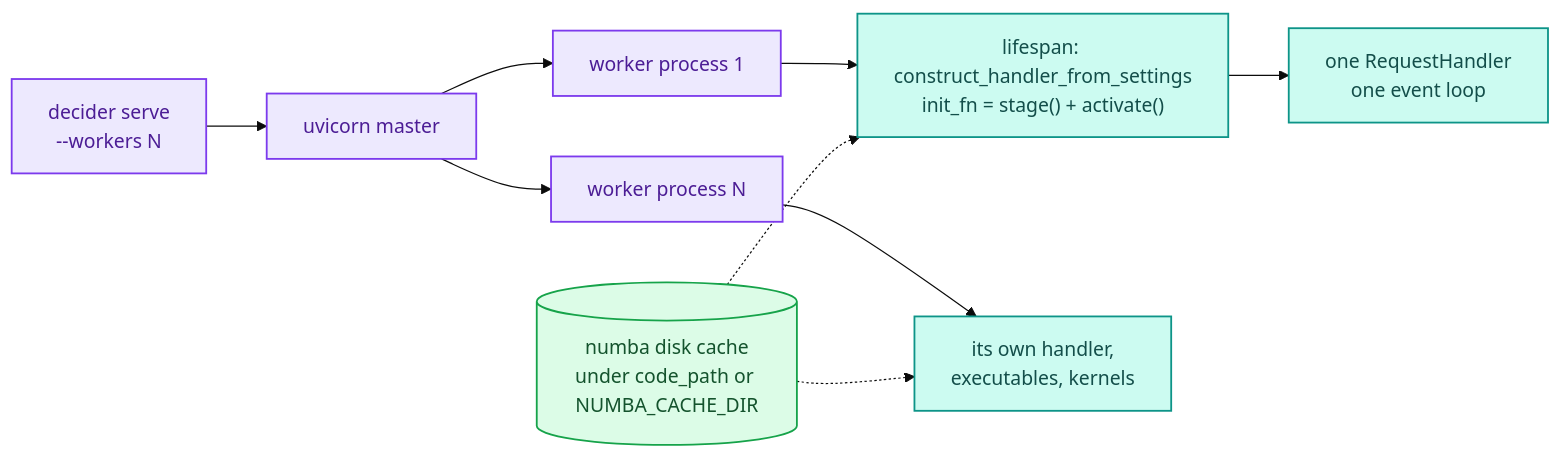
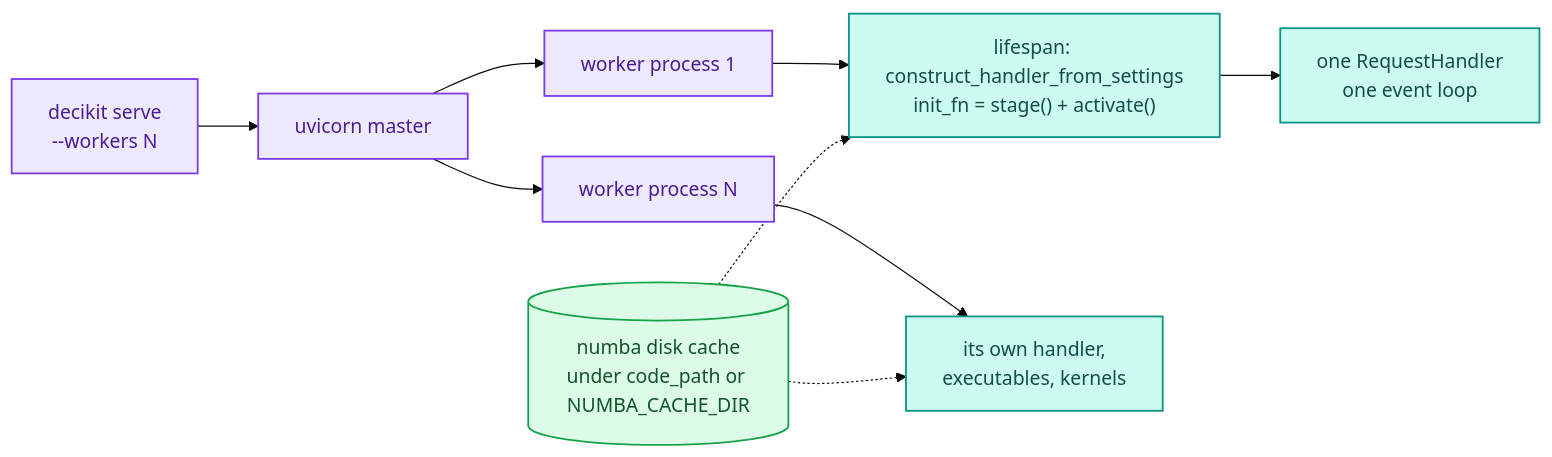
Before and after one commit to capitec/dsp-decision-engine: the fourth of 4 diagrams in docs/architecture/serving.md, drawn with Mermaid (base theme). The commit also changed other lines of this file and 1292 other files, not shown here.

Commit message:
rename decider to decikit: package, CLI, DECIKIT_* settings, plugin, extension, docs prose says decider toolkit

````diff
--- a/docs/architecture/serving.md
+++ b/docs/architecture/serving.md
@@ -353,17 +353,17 @@
 ```mermaid
 flowchart LR
-    CLI["decider serve<br/>--workers N"] --> U["uvicorn master"]
+    CLI["decikit serve<br/>--workers N"] --> U["uvicorn master"]
     U --> W1["worker process 1"]
     U --> W2["worker process N"]
     W1 --> L1["lifespan: construct_handler_from_settings<br/>init_fn = stage() + activate()"]
     L1 --> H1["one RequestHandler<br/>one event loop"]
     W2 --> H2["its own handler,<br/>executables, kernels"]
     D[("numba disk cache<br/>under code_path or NUMBA_CACHE_DIR")] -.-> L1
     D -.-> H2
     classDef tooling fill:#ede9fe,stroke:#7c3aed,color:#4c1d95,stroke-width:1.5px;
     classDef engine fill:#ccfbf1,stroke:#0d9488,color:#134e4a,stroke-width:1.5px;
     classDef data fill:#dcfce7,stroke:#16a34a,color:#14532d,stroke-width:1.5px;
     class CLI,U,W1,W2 tooling
     class L1,H1,H2 engine
     class D data
 ```
````
